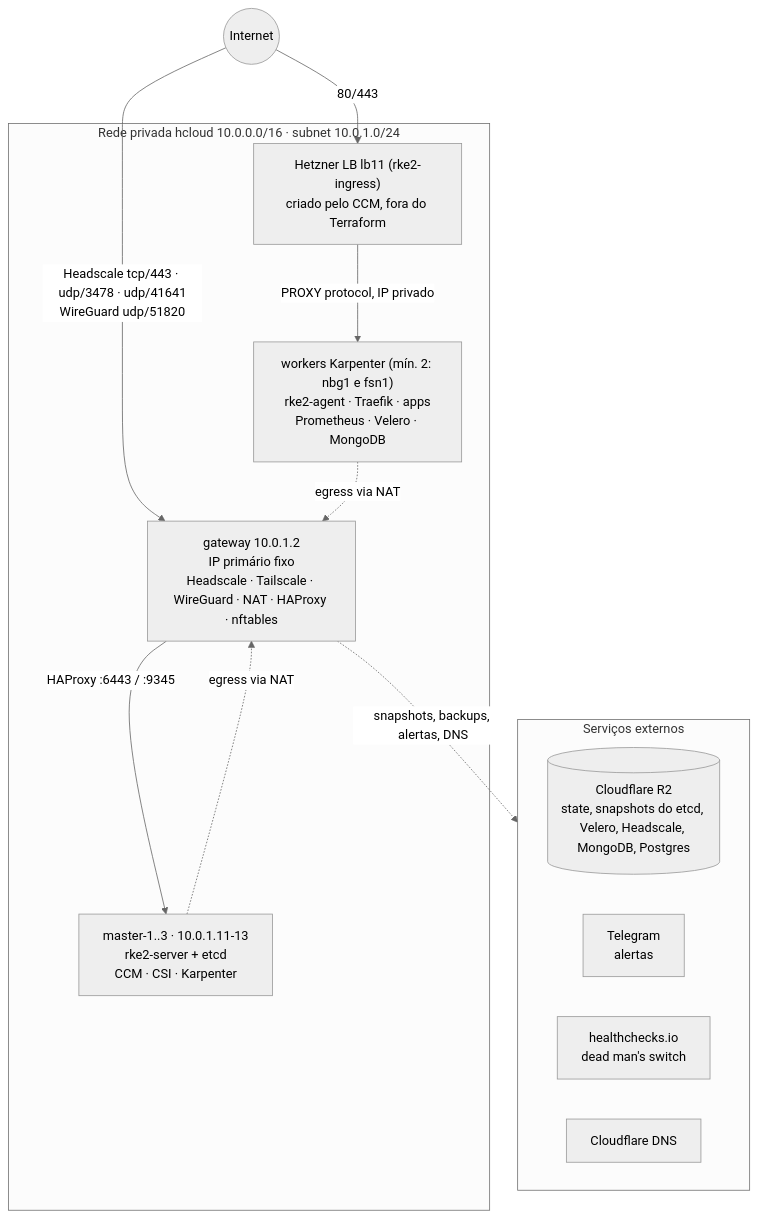
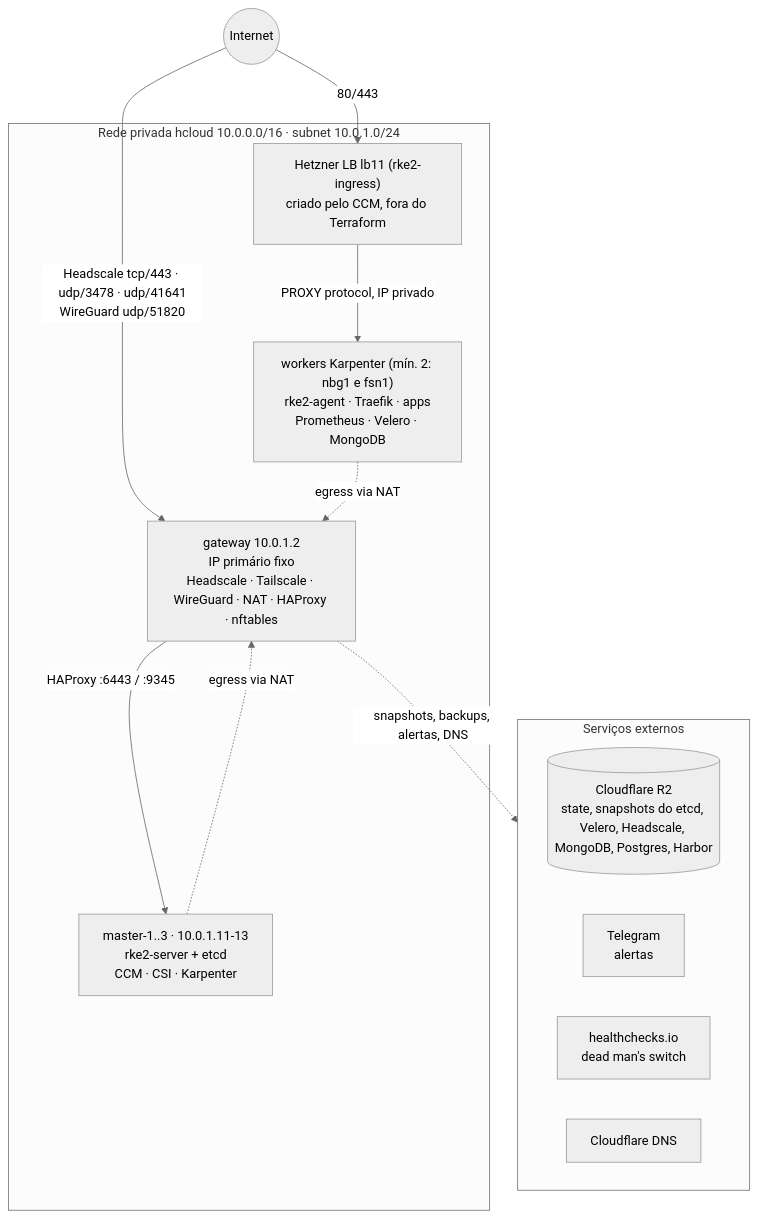
Before and after one commit to reginaldosousa/hetzner-rke2-terraform: the first of 6 diagrams in docs/architecture.md, drawn with Mermaid (neutral theme). The commit also changed other lines of this file and 7 other files, not shown here.

````diff
--- a/docs/architecture.md
+++ b/docs/architecture.md
@@ -5,23 +5,23 @@
 ```mermaid
 flowchart TB
     internet((Internet))
     subgraph external["Serviços externos"]
-        r2[("Cloudflare R2<br/>state, snapshots do etcd, Velero, Headscale, MongoDB, Postgres")]
+        r2[("Cloudflare R2<br/>state, snapshots do etcd, Velero, Headscale, MongoDB, Postgres, Harbor")]
         tg["Telegram<br/>alertas"]
         hc["healthchecks.io<br/>dead man's switch"]
         cf["Cloudflare DNS"]
     end
     internet -- "Headscale tcp/443 · udp/3478 · udp/41641<br/>WireGuard udp/51820" --> gw
     internet -- "80/443" --> lb
     subgraph hcloud["Rede privada hcloud 10.0.0.0/16 · subnet 10.0.1.0/24"]
         gw["gateway 10.0.1.2<br/>IP primário fixo<br/>Headscale · Tailscale · WireGuard · NAT · HAProxy · nftables"]
         lb["Hetzner LB lb11 (rke2-ingress)<br/>criado pelo CCM, fora do Terraform"]
         masters["master-1..3 · 10.0.1.11-13<br/>rke2-server + etcd<br/>CCM · CSI · Karpenter"]
         workers["workers Karpenter (mín. 2: nbg1 e fsn1)<br/>rke2-agent · Traefik · apps<br/>Prometheus · Velero · MongoDB"]
     end
     gw -- "HAProxy :6443 / :9345" --> masters
     lb -- "PROXY protocol, IP privado" --> workers
     masters -. "egress via NAT" .-> gw
     workers -. "egress via NAT" .-> gw
     gw -. "snapshots, backups, alertas, DNS" .-> external
 ```
````
